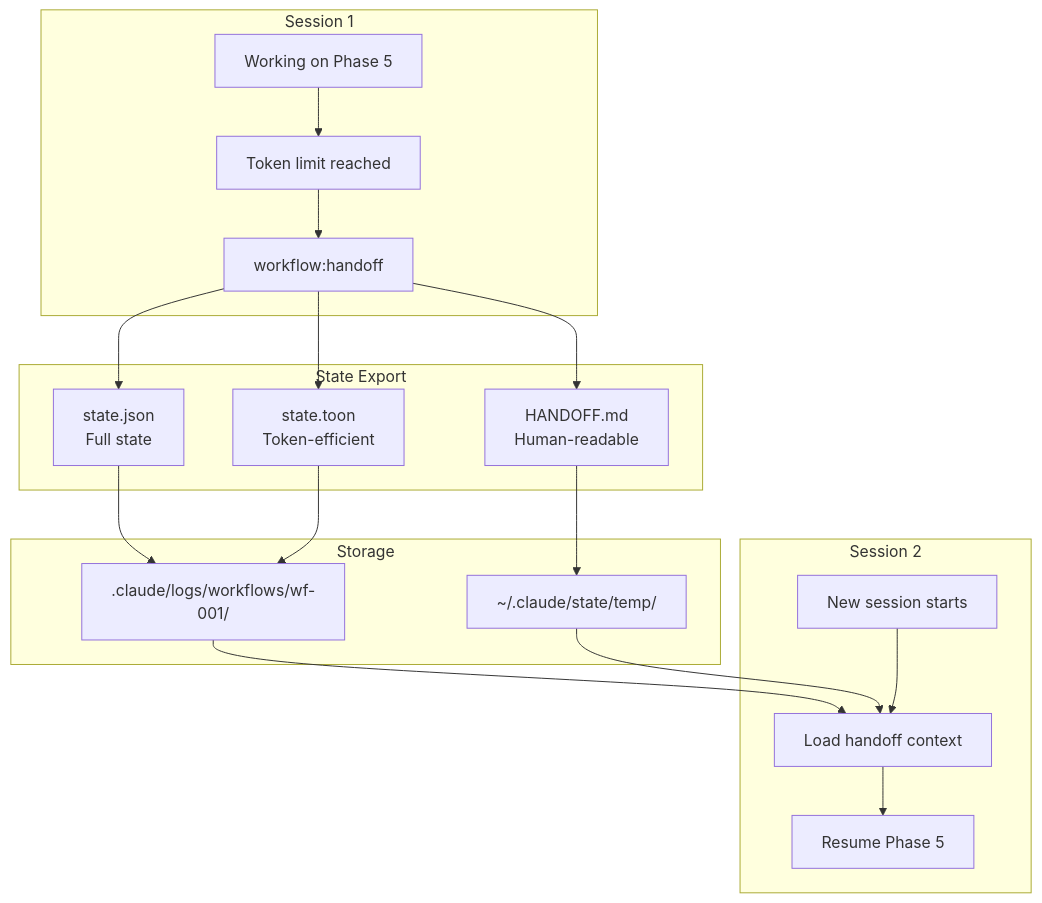
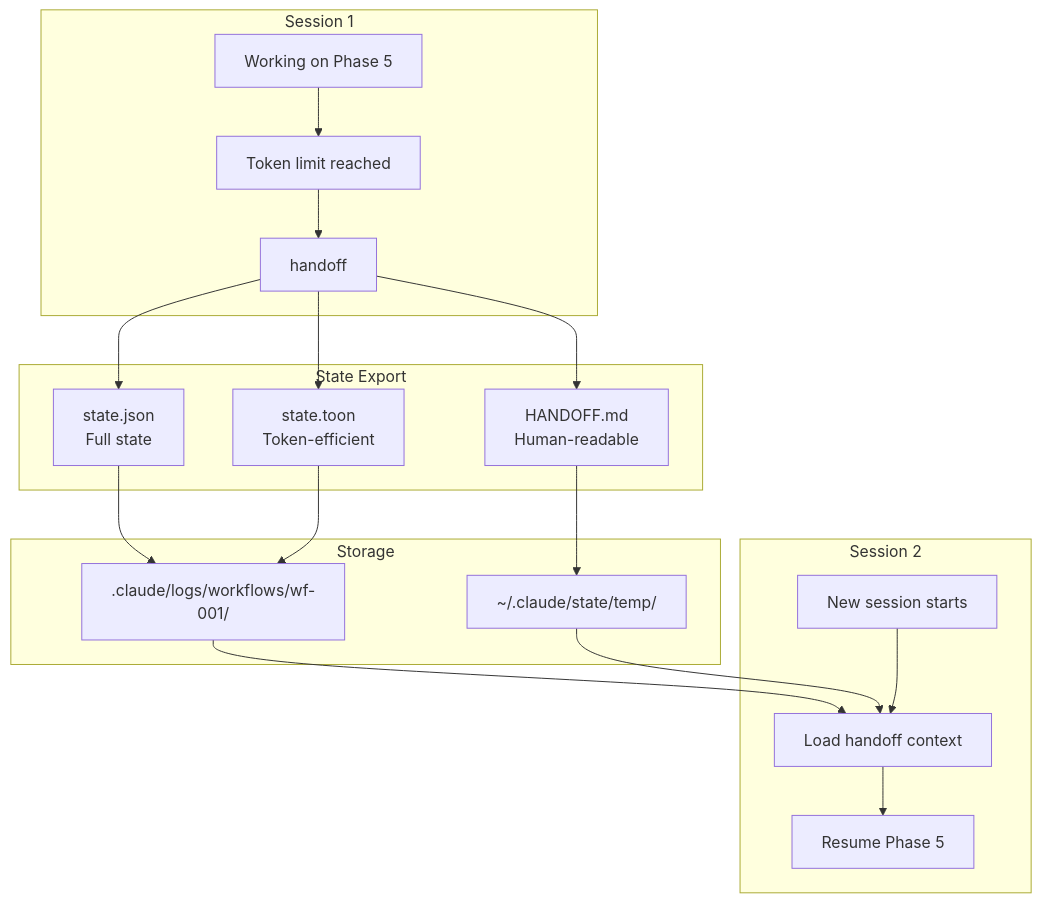
Before and after one commit to nguyenthienthanh/aura-frog: diagram 12 of 20 in docs/architecture/WORKFLOW_DIAGRAMS.md, drawn with Mermaid. The commit also changed other lines of this file and 14 other files, not shown here.

````diff
--- a/docs/architecture/WORKFLOW_DIAGRAMS.md
+++ b/docs/architecture/WORKFLOW_DIAGRAMS.md
@@ -531,38 +531,38 @@
 ```mermaid
 flowchart TB
     subgraph "Session 1"
         S1A[Working on Phase 5]
         S1B[Token limit reached]
-        S1C[workflow:handoff]
+        S1C[handoff]
     end
 
     subgraph "State Export"
         E1[state.json<br/>Full state]
         E2[state.toon<br/>Token-efficient]
         E3[HANDOFF.md<br/>Human-readable]
     end
 
     subgraph "Storage"
         ST1[.claude/logs/workflows/wf-001/]
         ST2[~/.claude/state/temp/]
     end
 
     subgraph "Session 2"
         S2A[New session starts]
         S2B[Load handoff context]
         S2C[Resume Phase 5]
     end
 
     S1A --> S1B --> S1C
     S1C --> E1
     S1C --> E2
     S1C --> E3
 
     E1 --> ST1
     E2 --> ST1
     E3 --> ST2
 
     ST1 --> S2B
     ST2 --> S2B
     S2A --> S2B --> S2C
 ```
````
